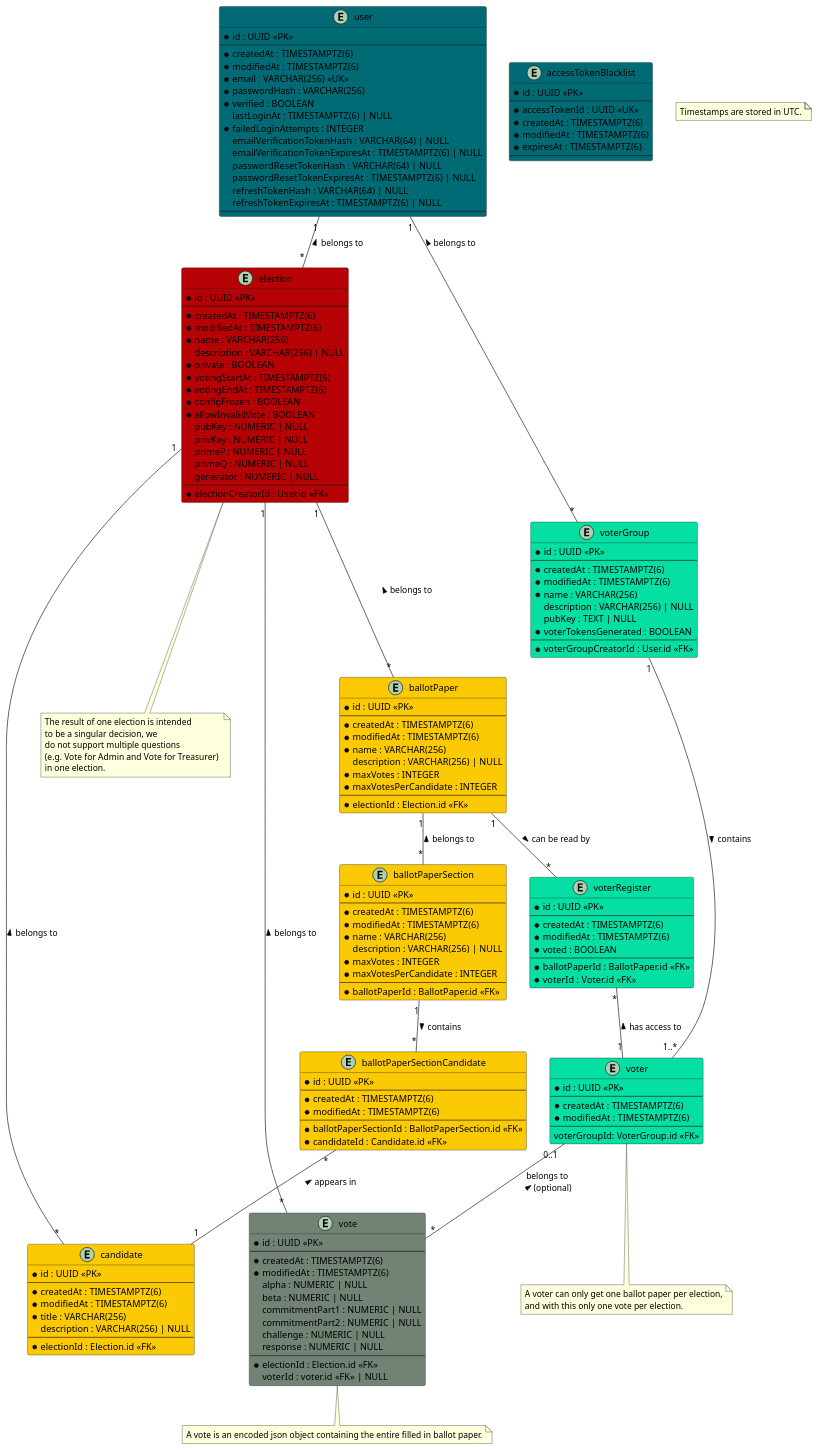
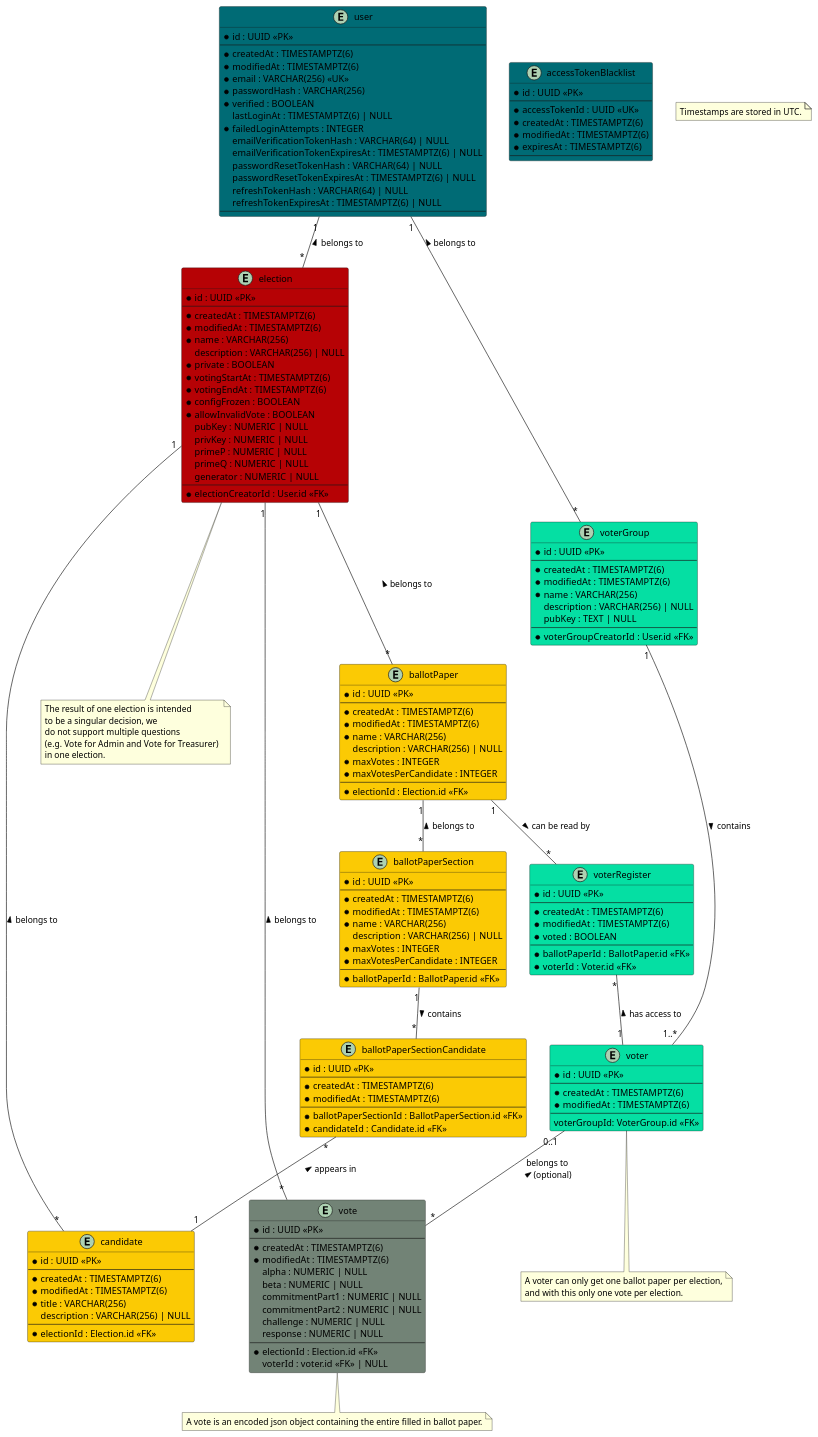
Before and after one commit to SE-UUlm/votura: the diagram in apps/docs/static/uml/dataModel.puml, drawn with PlantUML. The commit also changed 3 other files, not shown here.

Commit message:
#215: remove voterTokensGenerated field from VoterGroup entity and related migrations

```diff
--- a/apps/docs/static/uml/dataModel.puml
+++ b/apps/docs/static/uml/dataModel.puml
@@ -1,194 +1,193 @@
 @startuml dataModel
 
 entity "user" as user #006b75 {
     * id : UUID <<PK>>
     --
     * createdAt : TIMESTAMPTZ(6)
     * modifiedAt : TIMESTAMPTZ(6)
     * email : VARCHAR(256) <<UK>>
     * passwordHash : VARCHAR(256)
     * verified : BOOLEAN
     lastLoginAt : TIMESTAMPTZ(6) | NULL
     ' failed login attempts get reset on successful login
     * failedLoginAttempts : INTEGER
     emailVerificationTokenHash : VARCHAR(64) | NULL
     emailVerificationTokenExpiresAt : TIMESTAMPTZ(6) | NULL
     passwordResetTokenHash : VARCHAR(64) | NULL
     passwordResetTokenExpiresAt : TIMESTAMPTZ(6) | NULL
     refreshTokenHash : VARCHAR(64) | NULL
     refreshTokenExpiresAt : TIMESTAMPTZ(6) | NULL
     --
 }
 
 entity "accessTokenBlacklist" as jwtBlacklist #006b75 {
     ' this table is used to store blacklisted access tokens
     ' The jti is 36 characters long if we use UUIDv4
     * id : UUID <<PK>>
     --
     * accessTokenId : UUID <<UK>>
     * createdAt : TIMESTAMPTZ(6)
     * modifiedAt : TIMESTAMPTZ(6)
     * expiresAt : TIMESTAMPTZ(6)
     --
 }
 
 entity "election" as elections #b60205 {
     * id : UUID <<PK>>
     --
     * createdAt : TIMESTAMPTZ(6)
     * modifiedAt : TIMESTAMPTZ(6)
     * name : VARCHAR(256)
     description : VARCHAR(256) | NULL
     * private : BOOLEAN
     * votingStartAt : TIMESTAMPTZ(6)
     * votingEndAt : TIMESTAMPTZ(6)
     * configFrozen : BOOLEAN
     * allowInvalidVote : BOOLEAN
     ' Is there a use case for `votesCounted`?
     ' * votesCounted : BOOLEAN
     ' * votesCounted : BOOLEAN
     ' Computed values such as validVotes and invalidVotes are critical - do we really want to store them?
     ' validVotes : NUMERIC | NULL
     ' invalidVotes : NUMERIC | NULL
     pubKey : NUMERIC | NULL
     privKey : NUMERIC | NULL
     primeP : NUMERIC | NULL
     primeQ : NUMERIC | NULL
     generator : NUMERIC | NULL
     --
     * electionCreatorId : User.id <<FK>>
 }
 
 note as N2
 The result of one election is intended 
 to be a singular decision, we 
 do not support multiple questions 
 (e.g. Vote for Admin and Vote for Treasurer) 
 in one election.
 end note
 
 entity "ballotPaper" as ballotPapers #fbca04 {
     * id : UUID <<PK>>
     --
     * createdAt : TIMESTAMPTZ(6)
     * modifiedAt : TIMESTAMPTZ(6)
     * name : VARCHAR(256)
     description : VARCHAR(256) | NULL
     * maxVotes : INTEGER
     * maxVotesPerCandidate : INTEGER
     --
     * electionId : Election.id <<FK>>
 }
 
 entity "ballotPaperSection" as ballotPaperSections #fbca04 {
     * id : UUID <<PK>>
     --
     * createdAt : TIMESTAMPTZ(6)
     * modifiedAt : TIMESTAMPTZ(6)
     * name : VARCHAR(256)
     description : VARCHAR(256) | NULL
     * maxVotes : INTEGER
     * maxVotesPerCandidate : INTEGER
     --
     * ballotPaperId : BallotPaper.id <<FK>>
 }
 
 entity "ballotPaperSectionCandidate" as ballotPaperSectionCandidates #fbca04 {
     * id : UUID <<PK>>
     --
     * createdAt : TIMESTAMPTZ(6)
     * modifiedAt : TIMESTAMPTZ(6)
     --
     * ballotPaperSectionId : BallotPaperSection.id <<FK>>
     * candidateId : Candidate.id <<FK>>
 }
 
 entity "candidate" as candidates #fbca04 {
     * id : UUID <<PK>>
     --
     * createdAt : TIMESTAMPTZ(6)
     * modifiedAt : TIMESTAMPTZ(6)
     * title : VARCHAR(256)
     description : VARCHAR(256) | NULL
     --
     * electionId : Election.id <<FK>>
 }
 
 entity "vote" as votes #728376 {
     * id : UUID <<PK>>
     --
     * createdAt : TIMESTAMPTZ(6)
     * modifiedAt : TIMESTAMPTZ(6)
     alpha : NUMERIC | NULL
     beta : NUMERIC | NULL
     commitmentPart1 : NUMERIC | NULL
     commitmentPart2 : NUMERIC | NULL
     challenge : NUMERIC | NULL
     response : NUMERIC | NULL
     --
     * electionId : Election.id <<FK>>
     ' if the vote isn't secret, voter can be saved
     voterId : voter.id <<FK>> | NULL
 }
 note as N4
 A vote is an encoded json object containing the entire filled in ballot paper.
 end note
 
 entity "voterRegister" as voterRegisters #05DFA3 {
     * id : UUID <<PK>>
     --
     * createdAt : TIMESTAMPTZ(6)
     * modifiedAt : TIMESTAMPTZ(6)
     * voted : BOOLEAN
     --
     * ballotPaperId : BallotPaper.id <<FK>>
     * voterId : Voter.id <<FK>>
 }
 
 entity "voter" as voters #05DFA3 {
     * id : UUID <<PK>>
     --
     * createdAt : TIMESTAMPTZ(6)
     * modifiedAt : TIMESTAMPTZ(6)
     --
     voterGroupId: VoterGroup.id <<FK>>
 }
 note as N3
 A voter can only get one ballot paper per election,
 and with this only one vote per election.
 end note
 
 entity "voterGroup" as voterGroups #05DFA3 {
     * id : UUID <<PK>>
     --
     * createdAt : TIMESTAMPTZ(6)
     * modifiedAt : TIMESTAMPTZ(6)
     * name : VARCHAR(256)
     description : VARCHAR(256) | NULL
     pubKey : TEXT | NULL
-    * voterTokensGenerated : BOOLEAN
     --
     * voterGroupCreatorId : User.id <<FK>>
 }
 
 note as N1
 Timestamps are stored in UTC.
 end note
 
 user "1"--"*" elections : belongs to <
 elections "1"--"*" ballotPapers : belongs to <
 elections -- N2
 elections "1"--"*" candidates : belongs to <
 ballotPapers "1"--"*" voterRegisters : can be read by >
 voterRegisters "*"--"1" voters : has access to <
 ballotPapers "1"--"*" ballotPaperSections : belongs to <
 ballotPaperSections "1"--"*" ballotPaperSectionCandidates : contains >
 ballotPaperSectionCandidates "*"--"1" candidates : appears in <
 votes "*"--"1" elections : belongs to >
 voters "0..1"--"*" votes : belongs to \n (optional) <
 user "1"--"*" voterGroups : belongs to <
 voterGroups "1"--"1..*" voters : contains >
 voters -- N3
 votes -- N4
 
 @enduml
```
